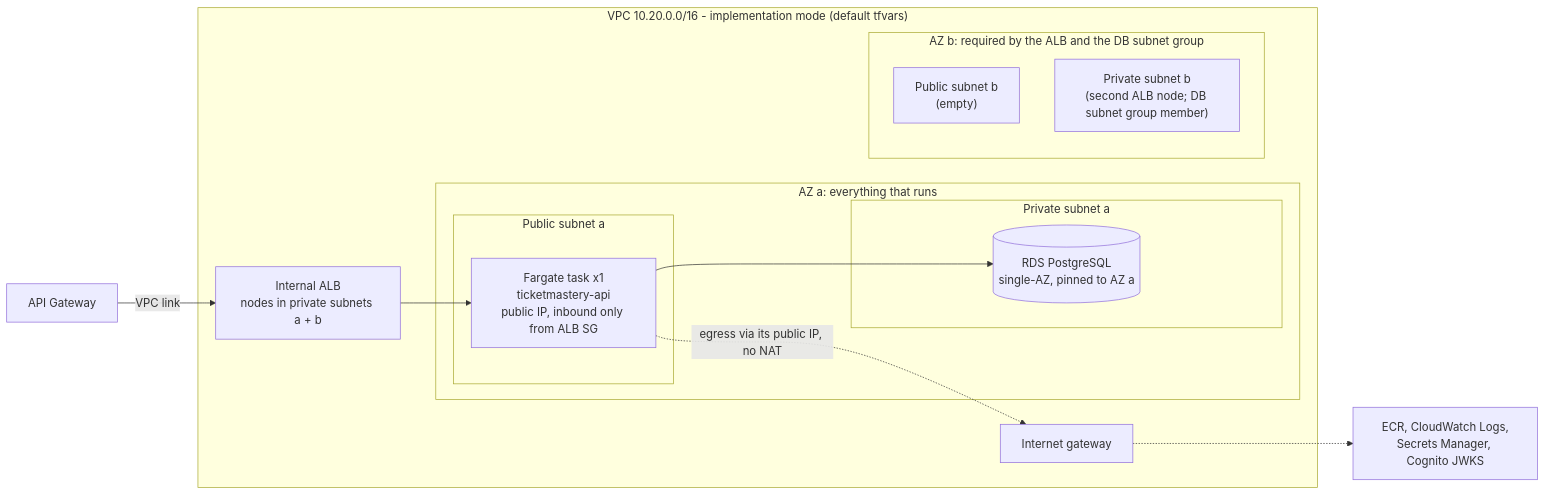
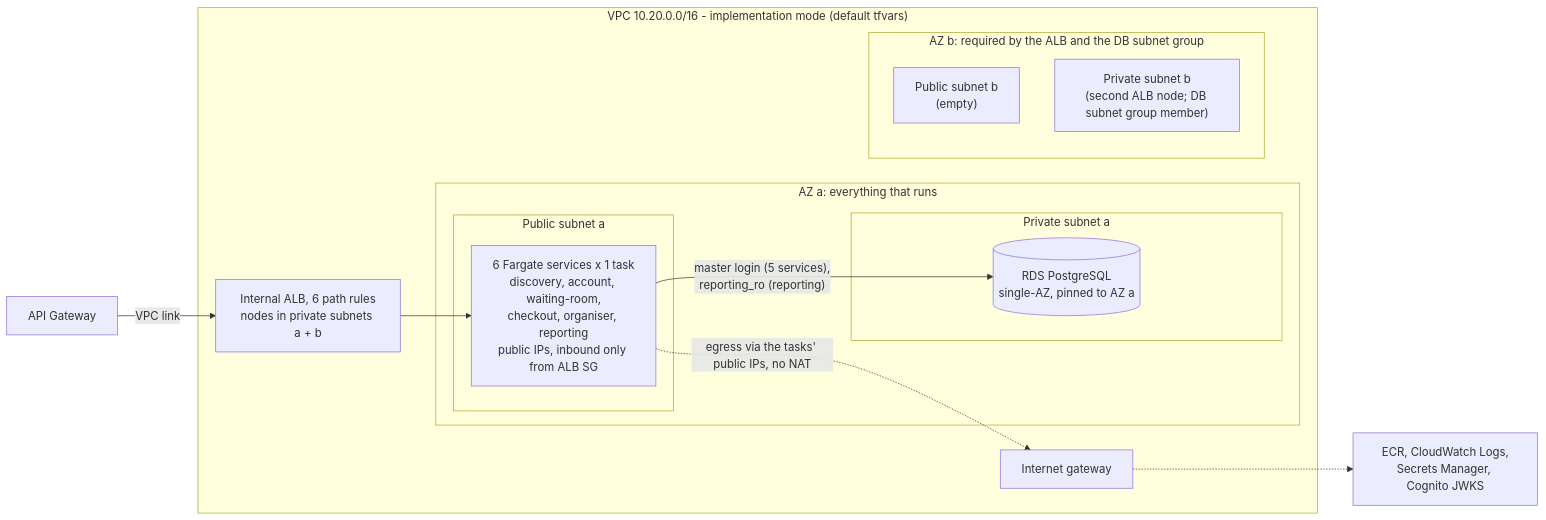
One commit to tayelroy/TicketMastery changed the second of 2 diagrams in docs/architecture.md. Above: the diagram before and after it, drawn with Mermaid. The commit also changed other lines of this file and 18 other files, not shown here.

First line of the commit message:
docs: report, slides, diagrams, demo script and costs match the six-service system

````diff
--- a/docs/architecture.md
+++ b/docs/architecture.md
@@ -120,27 +129,27 @@
 ```mermaid
 flowchart LR
   apigw[API Gateway] -->|VPC link| alb
 
   subgraph vpc["VPC 10.20.0.0/16 - implementation mode (default tfvars)"]
-    alb["Internal ALB<br/>nodes in private subnets a + b"]
+    alb["Internal ALB, 6 path rules<br/>nodes in private subnets a + b"]
     igw[Internet gateway]
     subgraph aza["AZ a: everything that runs"]
       subgraph puba["Public subnet a"]
-        task["Fargate task x1<br/>ticketmastery-api<br/>public IP, inbound only from ALB SG"]
+        task["6 Fargate services x 1 task<br/>discovery, account, waiting-room,<br/>checkout, organiser, reporting<br/>public IPs, inbound only from ALB SG"]
       end
       subgraph priva["Private subnet a"]
         db[("RDS PostgreSQL<br/>single-AZ, pinned to AZ a")]
       end
     end
     subgraph azb["AZ b: required by the ALB and the DB subnet group"]
       pubb["Public subnet b<br/>(empty)"]
       privb["Private subnet b<br/>(second ALB node; DB subnet group member)"]
     end
   end
 
   aws["ECR, CloudWatch Logs,<br/>Secrets Manager, Cognito JWKS"]
 
   alb --> task
-  task --> db
-  task -.->|"egress via its public IP, no NAT"| igw -.-> aws
+  task -->|"master login (5 services),<br/>reporting_ro (reporting)"| db
+  task -.->|"egress via the tasks' public IPs, no NAT"| igw -.-> aws
 ```
````
